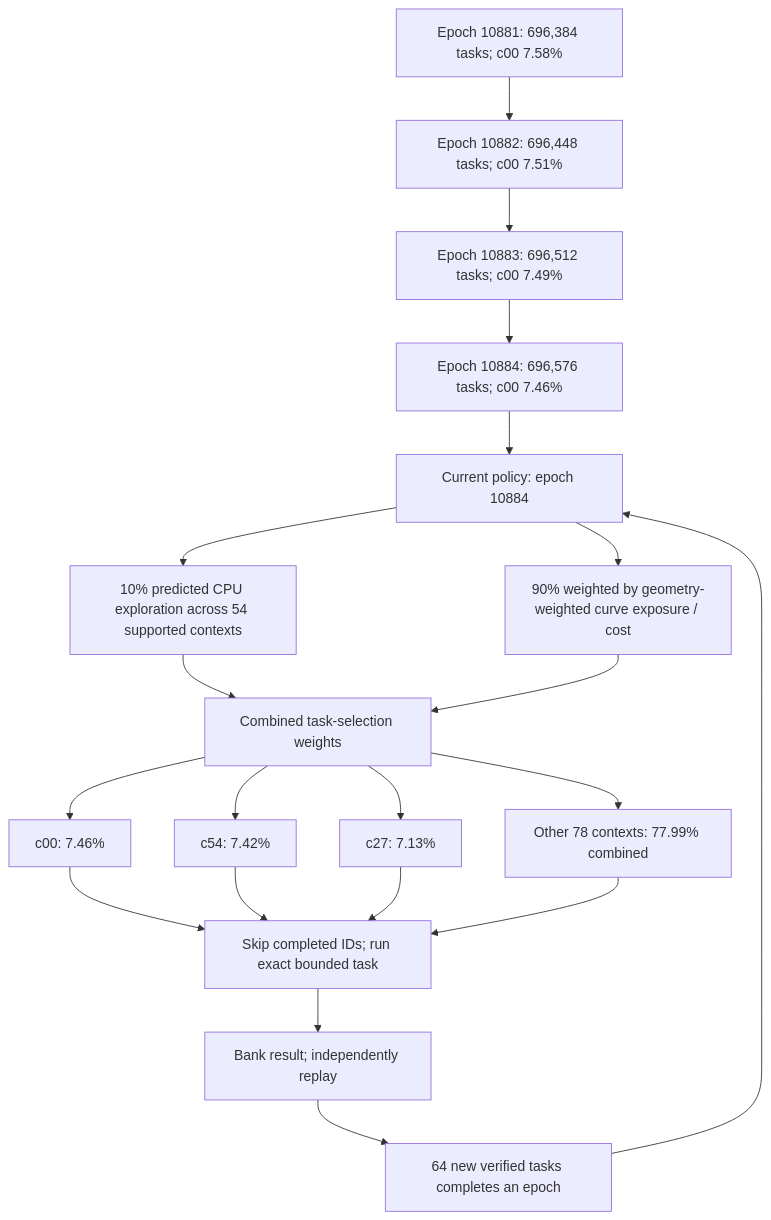
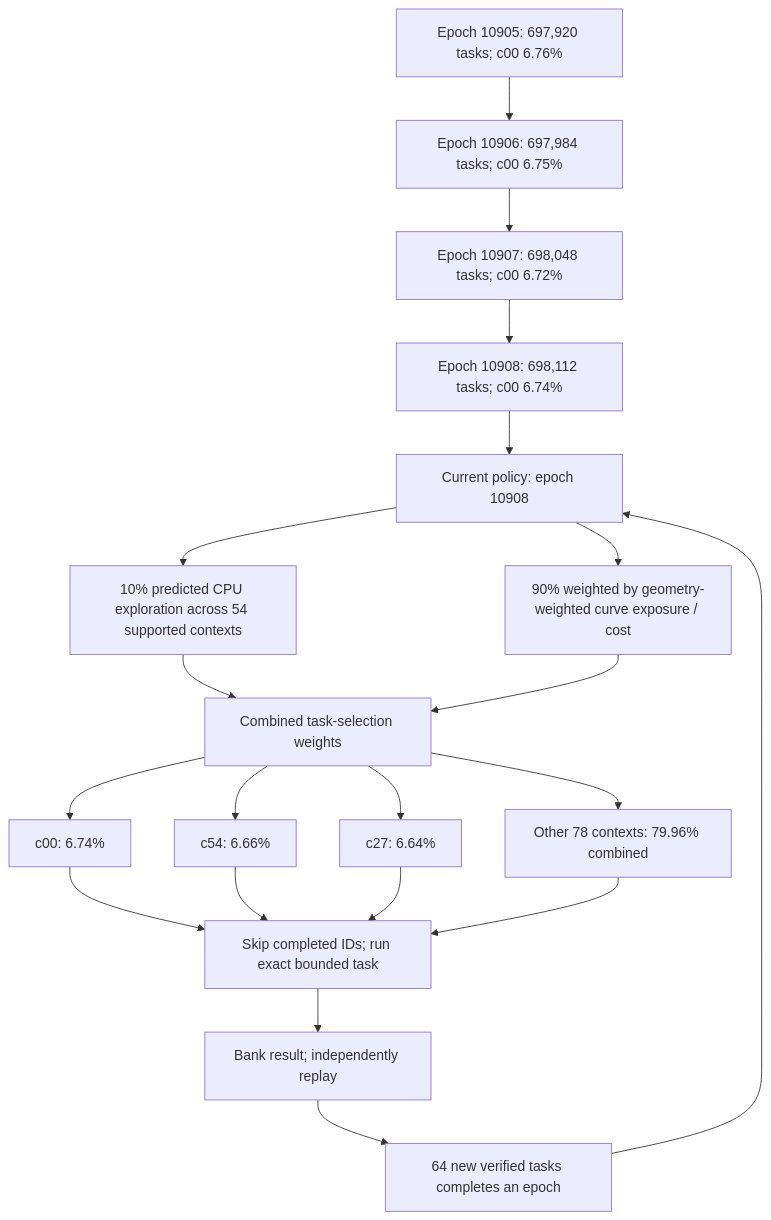
Before and after one commit to Kuberwastaken/math-gambling: the first of 4 diagrams in README.md, drawn with Mermaid. The commit also changed other lines of this file and 4950 other files, not shown here.

````diff
--- a/README.md
+++ b/README.md
@@ -60,27 +60,27 @@
 ```mermaid
 flowchart TD
-    H0["Epoch 10881: 696,384 tasks; c00 7.58%"]
-    H1["Epoch 10882: 696,448 tasks; c00 7.51%"]
+    H0["Epoch 10905: 697,920 tasks; c00 6.76%"]
+    H1["Epoch 10906: 697,984 tasks; c00 6.75%"]
     H0 --> H1
-    H2["Epoch 10883: 696,512 tasks; c00 7.49%"]
+    H2["Epoch 10907: 698,048 tasks; c00 6.72%"]
     H1 --> H2
-    H3["Epoch 10884: 696,576 tasks; c00 7.46%"]
+    H3["Epoch 10908: 698,112 tasks; c00 6.74%"]
     H2 --> H3
-    Policy["Current policy: epoch 10884"]
+    Policy["Current policy: epoch 10908"]
     H3 --> Policy
     Policy --> Explore["10% predicted CPU exploration across 54 supported contexts"]
     Policy --> Cost["90% weighted by geometry-weighted curve exposure / cost"]
     Explore --> Mix["Combined task-selection weights"]
     Cost --> Mix
-    Mix --> C0["c00: 7.46%"]
-    Mix --> C1["c54: 7.42%"]
-    Mix --> C2["c27: 7.13%"]
-    Mix --> Rest["Other 78 contexts: 77.99% combined"]
+    Mix --> C0["c00: 6.74%"]
+    Mix --> C1["c54: 6.66%"]
+    Mix --> C2["c27: 6.64%"]
+    Mix --> Rest["Other 78 contexts: 79.96% combined"]
     C0 --> Check["Skip completed IDs; run exact bounded task"]
     C1 --> Check
     C2 --> Check
     Rest --> Check
     Check --> Replay["Bank result; independently replay"]
     Replay --> Gate["64 new verified tasks completes an epoch"]
     Gate --> Policy
 ```
````
